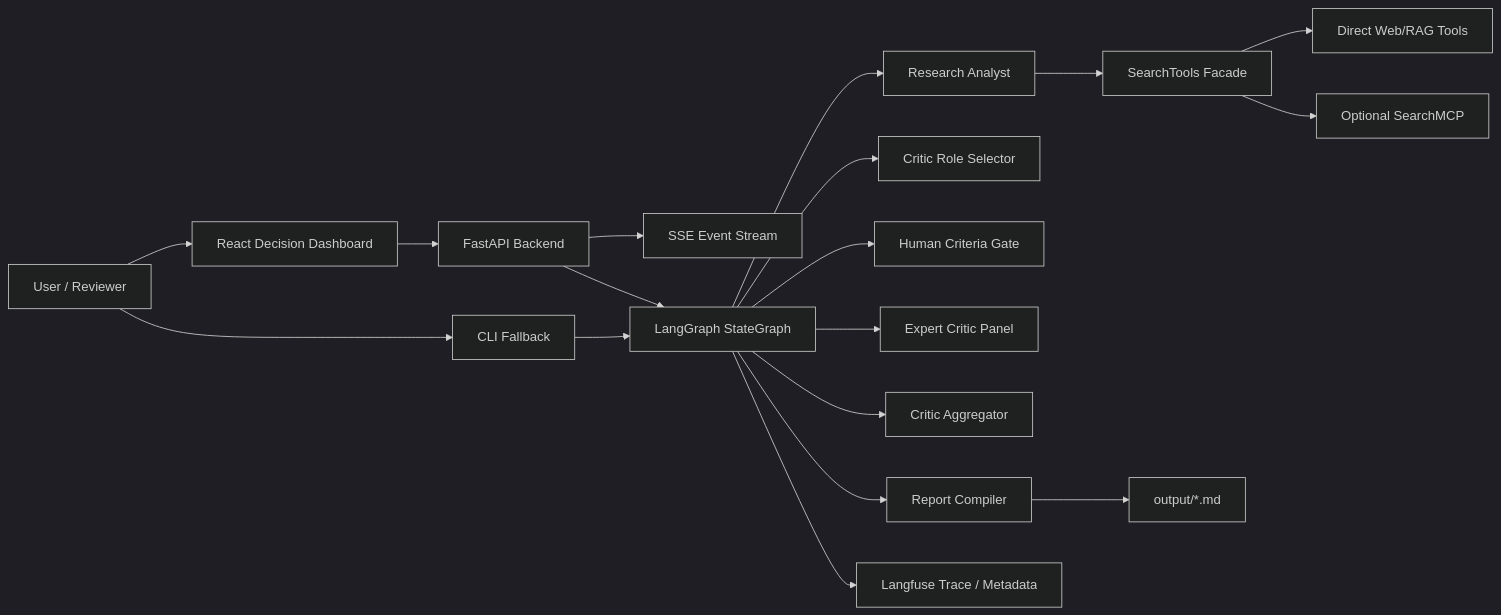
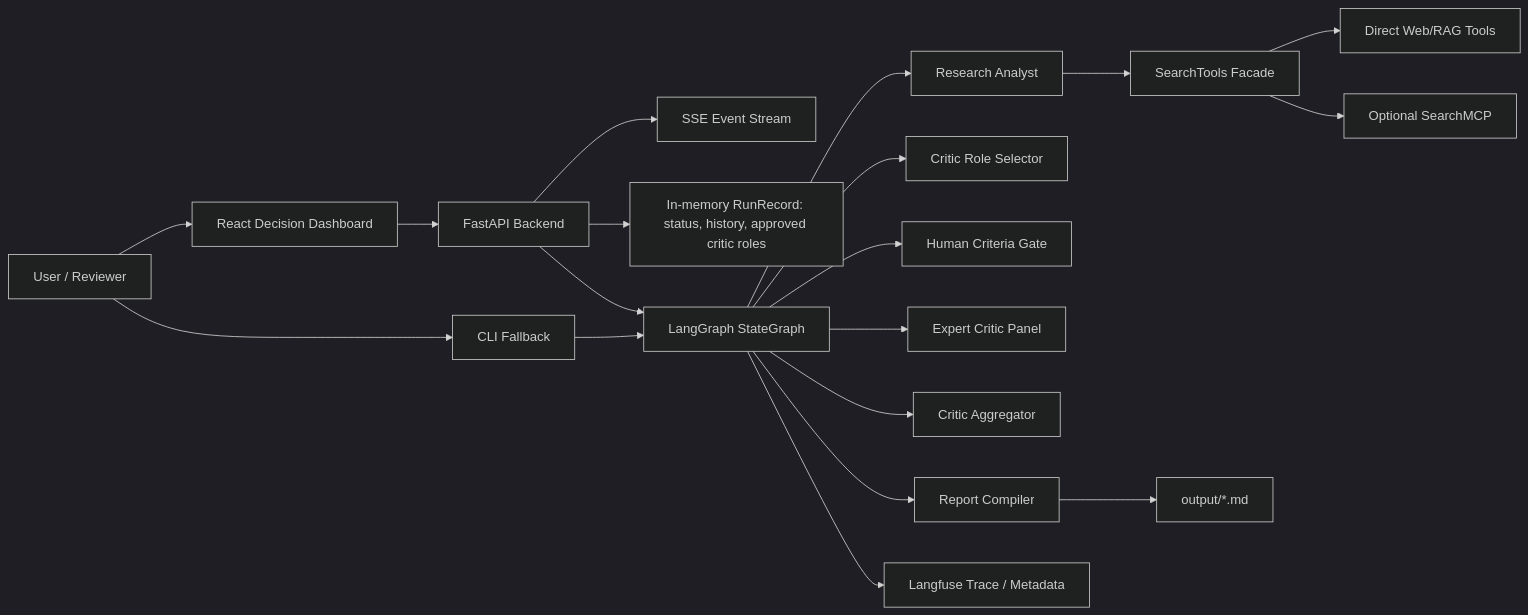
One commit to Turkevich91/multi-agent-systems-robotdreams changed the first of 7 diagrams in course-project-market-analyst/uml_diagrams/COURSE_PROJECT_MARKET_ANALYST_MERMAID.md. Above: the diagram before and after it, drawn with Mermaid (dark theme). The commit also changed other lines of this file and 8 other files, not shown here.

Commit message:
Align course project diagrams with runtime logic

````diff
--- a/course-project-market-analyst/uml_diagrams/COURSE_PROJECT_MARKET_ANALYST_MERMAID.md
+++ b/course-project-market-analyst/uml_diagrams/COURSE_PROJECT_MARKET_ANALYST_MERMAID.md
@@ -7,20 +7,21 @@
 ```mermaid
 flowchart LR
     User["User / Reviewer"] --> UI["React Decision Dashboard"]
     User --> CLI["CLI Fallback"]
     UI --> API["FastAPI Backend"]
     API --> SSE["SSE Event Stream"]
+    API --> RunRecord["In-memory RunRecord: status, history, approved critic roles"]
     API --> Graph["LangGraph StateGraph"]
     CLI --> Graph
     Graph --> Analyst["Research Analyst"]
     Graph --> Selector["Critic Role Selector"]
     Graph --> Gate["Human Criteria Gate"]
     Graph --> Critics["Expert Critic Panel"]
     Graph --> Aggregator["Critic Aggregator"]
     Graph --> Compiler["Report Compiler"]
     Analyst --> Tools["SearchTools Facade"]
     Tools --> Direct["Direct Web/RAG Tools"]
     Tools --> MCP["Optional SearchMCP"]
     Compiler --> Output["output/*.md"]
     Graph --> Langfuse["Langfuse Trace / Metadata"]
 ```
````
